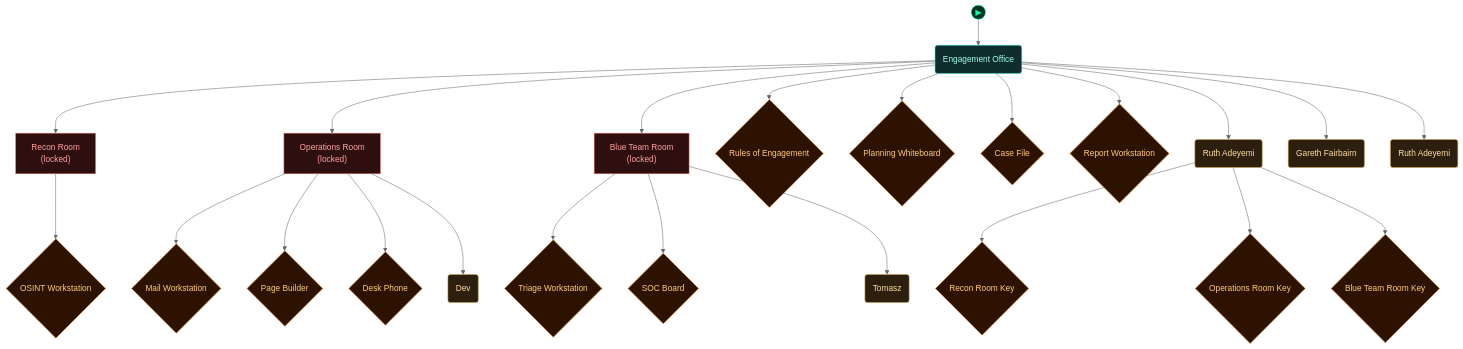
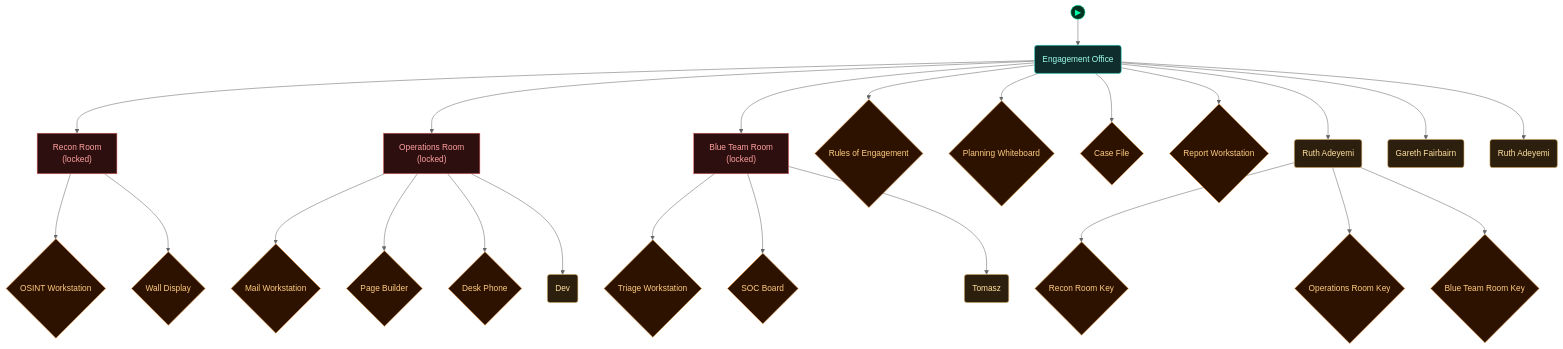
The fifth of 5 diagrams in scenarios/lab_social_engineering/dungeon_graph.md (cliffe/BreakEscape), drawn with Mermaid (neutral theme) before and after one commit. The commit also changed 4 other files, not shown here.

````diff
--- a/scenarios/lab_social_engineering/dungeon_graph.md
+++ b/scenarios/lab_social_engineering/dungeon_graph.md
@@ -315,72 +315,74 @@
 ```mermaid
 flowchart TD
 
   classDef room      fill:#0f2d2d,stroke:#22ddcc,color:#a0ffee
   classDef lock      fill:#2d0f0f,stroke:#e66060,color:#ffa0a0
   classDef key       fill:#2d0812,stroke:#e66060,color:#ffa0a0
   classDef item      fill:#2d1200,stroke:#e89030,color:#ffcc80
   classDef gate      fill:#111,stroke:#666,color:#eee
   classDef vm        fill:#0c1f40,stroke:#4a90d9,color:#a0c8ff
   classDef flag      fill:#1a0c2d,stroke:#9060d0,color:#cc99ff
   classDef action    fill:#1a1200,stroke:#cc9922,color:#ffee88
   classDef aim       fill:#0d2a0d,stroke:#44cc44,color:#88ff88
   classDef aim_gate  fill:#111111,stroke:#44cc44,color:#44cc44
   classDef container fill:#1a2d1a,stroke:#60b060,color:#a0e0a0
   classDef npc       fill:#2d1f0d,stroke:#d0a050,color:#ffe0a0
   classDef critical  fill:#2a1500,stroke:#ffaa00,color:#ffdd88
   classDef start     fill:#003322,stroke:#00ffaa,color:#00ffaa
 
   node_start(("▶"))
   node_start --> engagement_office
 
   engagement_office("Engagement Office")
   recon_room["Recon Room<br/>(locked)"]
   operations_room["Operations Room<br/>(locked)"]
   blue_team_room["Blue Team Room<br/>(locked)"]
   rc_roe_sheet_1{"Rules of Engagement"}
   rc_planning_whiteboard_2{"Planning Whiteboard"}
   rc_recon_board_3{"Case File"}
   rc_report_workstation_4{"Report Workstation"}
   rc_npc_ruth_adeyemi_5("Ruth Adeyemi")
   rc_recon_key_6{"Recon Room Key"}
   rc_operations_key_7{"Operations Room Key"}
   rc_blue_team_key_8{"Blue Team Room Key"}
   rc_npc_gareth_fairbairn_9("Gareth Fairbairn")
   rc_npc_ruth_adeyemi_10("Ruth Adeyemi")
   rc_osint_workstation_11{"OSINT Workstation"}
-  rc_mail_workstation_12{"Mail Workstation"}
-  rc_page_builder_13{"Page Builder"}
-  rc_desk_phone_14{"Desk Phone"}
-  rc_npc_dev_15("Dev")
-  rc_triage_workstation_16{"Triage Workstation"}
-  rc_soc_board_17{"SOC Board"}
-  rc_npc_tomasz_18("Tomasz")
+  rc_recon_info_screen_12{"Wall Display"}
+  rc_mail_workstation_13{"Mail Workstation"}
+  rc_page_builder_14{"Page Builder"}
+  rc_desk_phone_15{"Desk Phone"}
+  rc_npc_dev_16("Dev")
+  rc_triage_workstation_17{"Triage Workstation"}
+  rc_soc_board_18{"SOC Board"}
+  rc_npc_tomasz_19("Tomasz")
 
   engagement_office --> recon_room
   engagement_office --> operations_room
   engagement_office --> blue_team_room
   engagement_office --> rc_roe_sheet_1
   engagement_office --> rc_planning_whiteboard_2
   engagement_office --> rc_recon_board_3
   engagement_office --> rc_report_workstation_4
   engagement_office --> rc_npc_ruth_adeyemi_5
   rc_npc_ruth_adeyemi_5 --> rc_recon_key_6
   rc_npc_ruth_adeyemi_5 --> rc_operations_key_7
   rc_npc_ruth_adeyemi_5 --> rc_blue_team_key_8
   engagement_office --> rc_npc_gareth_fairbairn_9
   engagement_office --> rc_npc_ruth_adeyemi_10
   recon_room --> rc_osint_workstation_11
-  operations_room --> rc_mail_workstation_12
-  operations_room --> rc_page_builder_13
-  operations_room --> rc_desk_phone_14
-  operations_room --> rc_npc_dev_15
-  blue_team_room --> rc_triage_workstation_16
-  blue_team_room --> rc_soc_board_17
-  blue_team_room --> rc_npc_tomasz_18
+  recon_room --> rc_recon_info_screen_12
+  operations_room --> rc_mail_workstation_13
+  operations_room --> rc_page_builder_14
+  operations_room --> rc_desk_phone_15
+  operations_room --> rc_npc_dev_16
+  blue_team_room --> rc_triage_workstation_17
+  blue_team_room --> rc_soc_board_18
+  blue_team_room --> rc_npc_tomasz_19
 
   class engagement_office room
   class recon_room,operations_room,blue_team_room lock
-  class rc_roe_sheet_1,rc_planning_whiteboard_2,rc_recon_board_3,rc_report_workstation_4,rc_recon_key_6,rc_operations_key_7,rc_blue_team_key_8,rc_osint_workstation_11,rc_mail_workstation_12,rc_page_builder_13,rc_desk_phone_14,rc_triage_workstation_16,rc_soc_board_17 item
-  class rc_npc_ruth_adeyemi_5,rc_npc_gareth_fairbairn_9,rc_npc_ruth_adeyemi_10,rc_npc_dev_15,rc_npc_tomasz_18 npc
+  class rc_roe_sheet_1,rc_planning_whiteboard_2,rc_recon_board_3,rc_report_workstation_4,rc_recon_key_6,rc_operations_key_7,rc_blue_team_key_8,rc_osint_workstation_11,rc_recon_info_screen_12,rc_mail_workstation_13,rc_page_builder_14,rc_desk_phone_15,rc_triage_workstation_17,rc_soc_board_18 item
+  class rc_npc_ruth_adeyemi_5,rc_npc_gareth_fairbairn_9,rc_npc_ruth_adeyemi_10,rc_npc_dev_16,rc_npc_tomasz_19 npc
   class node_start start
 ```
````
